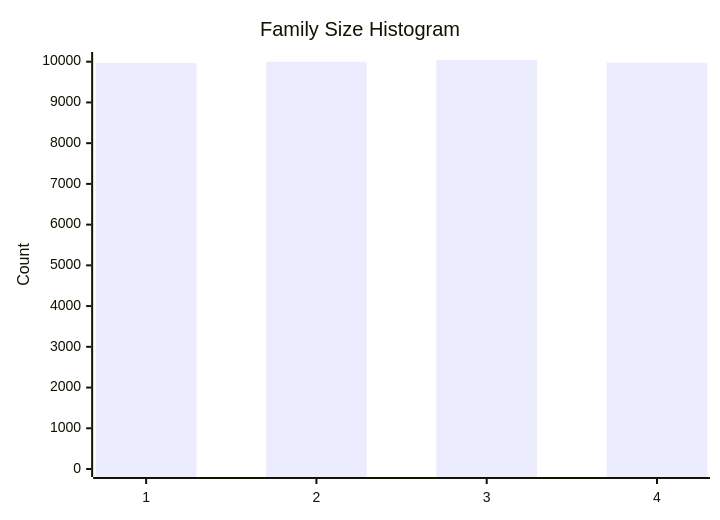
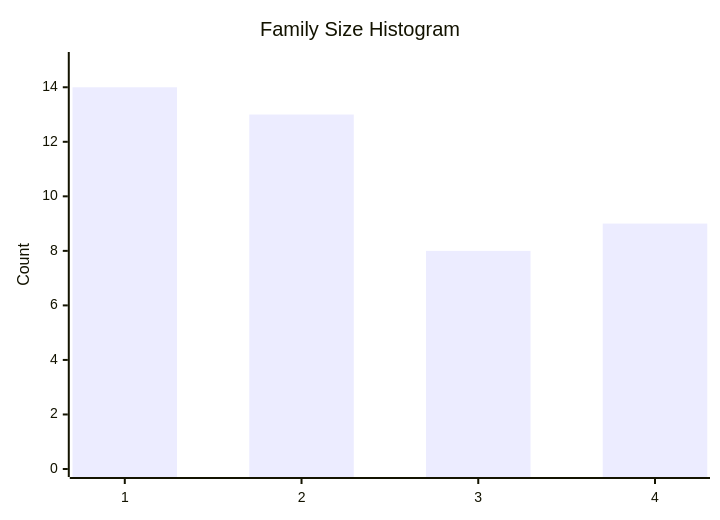
The fifth of 10 diagrams in test-tools/DataGen/src/Statistics_Visualizer.md (dhagan-va/intern-2025), drawn with Mermaid before and after one commit. The commit also changed other lines of this file and 6 other files, not shown here.

````diff
--- a/test-tools/DataGen/src/Statistics_Visualizer.md
+++ b/test-tools/DataGen/src/Statistics_Visualizer.md
@@ -58,7 +58,7 @@
 ```mermaid
 xychart-beta
     title "Family Size Histogram"
     x-axis ["1", "2", "3", "4"]
-    y-axis "Count" 0 --> 10042
-    bar [9969, 10000, 10041, 9977]
+    y-axis "Count" 0 --> 15
+    bar [14, 13, 8, 9]
 ```
````
